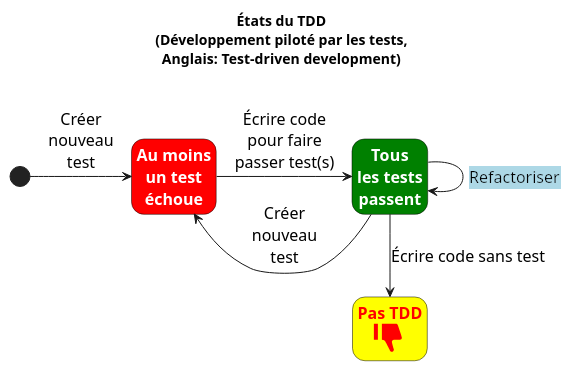
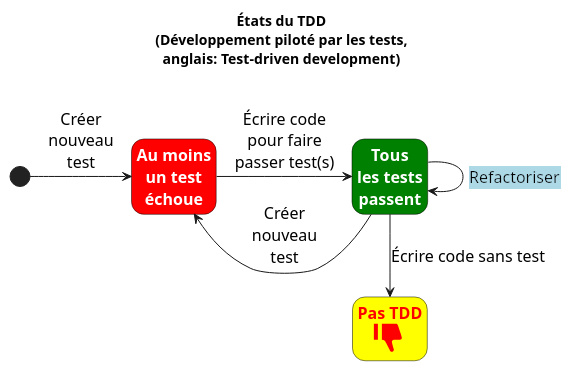
One commit to profcfuhrmanets/log210-jeu-de-des-python-flask changed the diagram in docs/tdd.puml. Above: the diagram before and after it, drawn with PlantUML.

```diff
--- a/docs/tdd.puml
+++ b/docs/tdd.puml
@@ -1,21 +1,21 @@
 @startuml
 hide empty description
 skinparam style strictuml
 skinparam StateBorderColor black
 skinparam StateFontColor white
 skinparam StateFontStyle bold
 skinparam StateFontSize 16
 skinparam StateArrowFontSize 16
 skinparam DefaultFontName "Segoe UI Black"
 
-title États du TDD\n(Développement piloté par les tests,\nAnglais: Test-driven development)\n
+title États du TDD\n(Développement piloté par les tests,\nanglais: Test-driven development)\n
 
 state Rouge as "Au moins\nun test\néchoue" #red
 state Vert as "Tous\nles tests\npassent" #green
 state PasTDD as "<color red>Pas TDD\n<color red><size:48><&thumb-down></color>" #yellow
 [*] -right-> Rouge : Créer\nnouveau\ntest
 Rouge -r-> Vert : Écrire code\npour faire\npasser test(s)
 Vert -l-> Rouge : \nCréer\nnouveau\ntest
 Vert -> Vert : <back:lightblue>Refactoriser</back>
 Vert -->  PasTDD : Écrire code sans test
 @enduml
```
